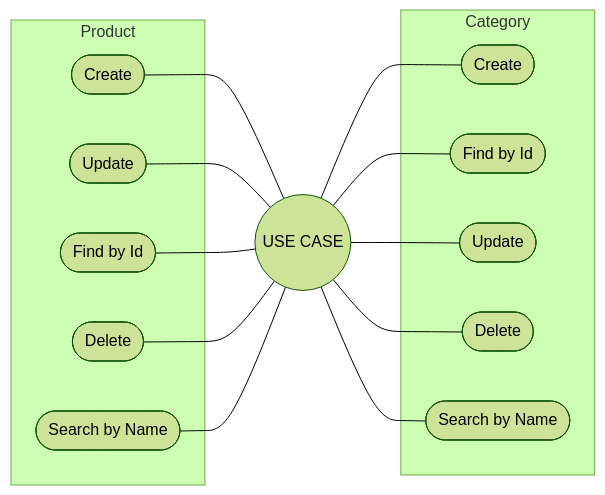
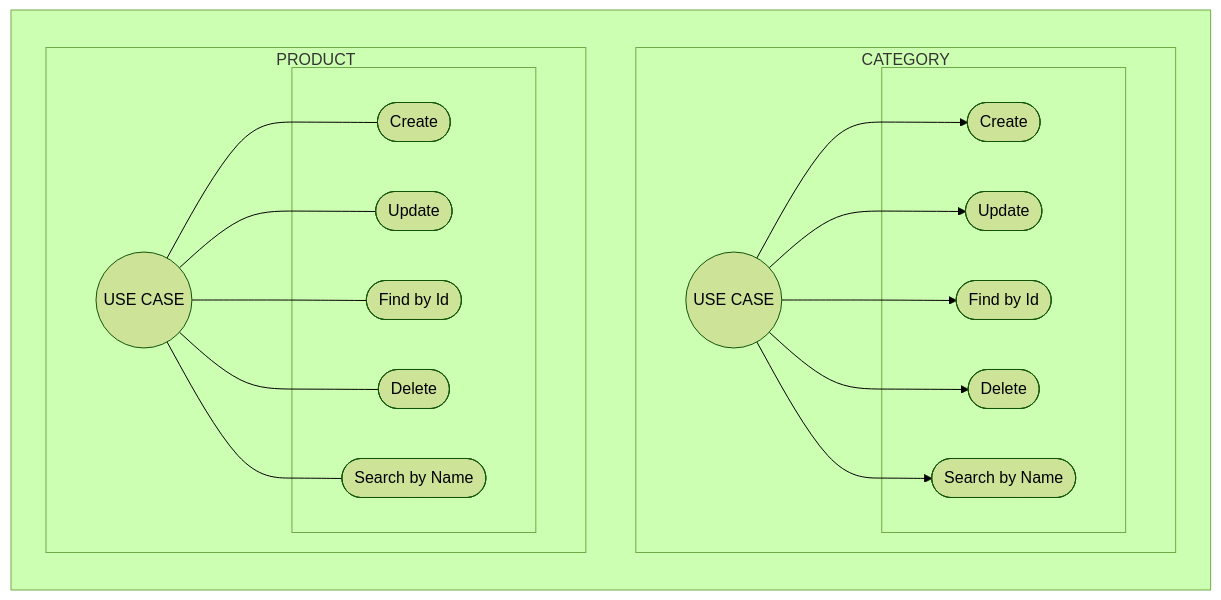
Before and after one commit to lgomesb/spring-ms-product-catalog-mgmt: the first of 4 diagrams in README.md, drawn with Mermaid (forest theme). The commit also changed other lines of this file and 7 other files, not shown here.

````diff
--- a/README.md
+++ b/README.md
@@ -18,31 +24,44 @@
 ```mermaid
 flowchart LR
-    USER1(("USE CASE"))
-    subgraph Category
-        CATEGORY_CREATE(["Create"])
-        CATEGORY_FIND(["Find by Id"])
-        CATEGORY_UPDATE(["Update"])
-        CATEGORY_DELETE(["Delete"])
-        CATEGORY_SEARCH(["Search by Name"])
-    end
-    subgraph  Product        
-        PRODUCT_CREATE(["Create"])
-        PRODUCT_FIND(["Find by Id"])
-        PRODUCT_UPDATE(["Update"])
-        PRODUCT_DELETE(["Delete"])
-        PRODUCT_SEARCH(["Search by Name"])
+
+    subgraph body [" "]
+        subgraph user_category["CATEGORY"]
+            direction LR
+            USER1(("USE CASE"))
+            subgraph Category[" "]
+                CATEGORY_CREATE(["Create"])
+                CATEGORY_FIND(["Find by Id"])
+                CATEGORY_UPDATE(["Update"])
+                CATEGORY_DELETE(["Delete"])
+                CATEGORY_SEARCH(["Search by Name"])
+            end
+        end
+
+        subgraph user_product["PRODUCT"]
+            direction LR
+            USER2(("USE CASE"))
+            subgraph product[" "]
+                PRODUCT_CREATE(["Create"])
+                PRODUCT_FIND(["Find by Id"])
+                PRODUCT_UPDATE(["Update"])
+                PRODUCT_DELETE(["Delete"])
+                PRODUCT_SEARCH(["Search by Name"])
+            end
+        end
+   
     end
 
-USER1 --- CATEGORY_CREATE
-USER1 --- CATEGORY_UPDATE
-USER1 --- CATEGORY_FIND
-USER1 --- CATEGORY_DELETE
-USER1 --- CATEGORY_SEARCH
+USER1 --> CATEGORY_CREATE
+USER1 --> CATEGORY_UPDATE
+USER1 --> CATEGORY_FIND
+USER1 --> CATEGORY_DELETE
+USER1 --> CATEGORY_SEARCH
 
-PRODUCT_CREATE --- USER1
-PRODUCT_UPDATE --- USER1
-PRODUCT_FIND --- USER1
-PRODUCT_DELETE --- USER1
-PRODUCT_SEARCH --- USER1
+USER2 --- PRODUCT_CREATE
+USER2 --- PRODUCT_UPDATE
+USER2 --- PRODUCT_FIND
+USER2 --- PRODUCT_DELETE
+USER2 --- PRODUCT_SEARCH
+
 
 ```
````
